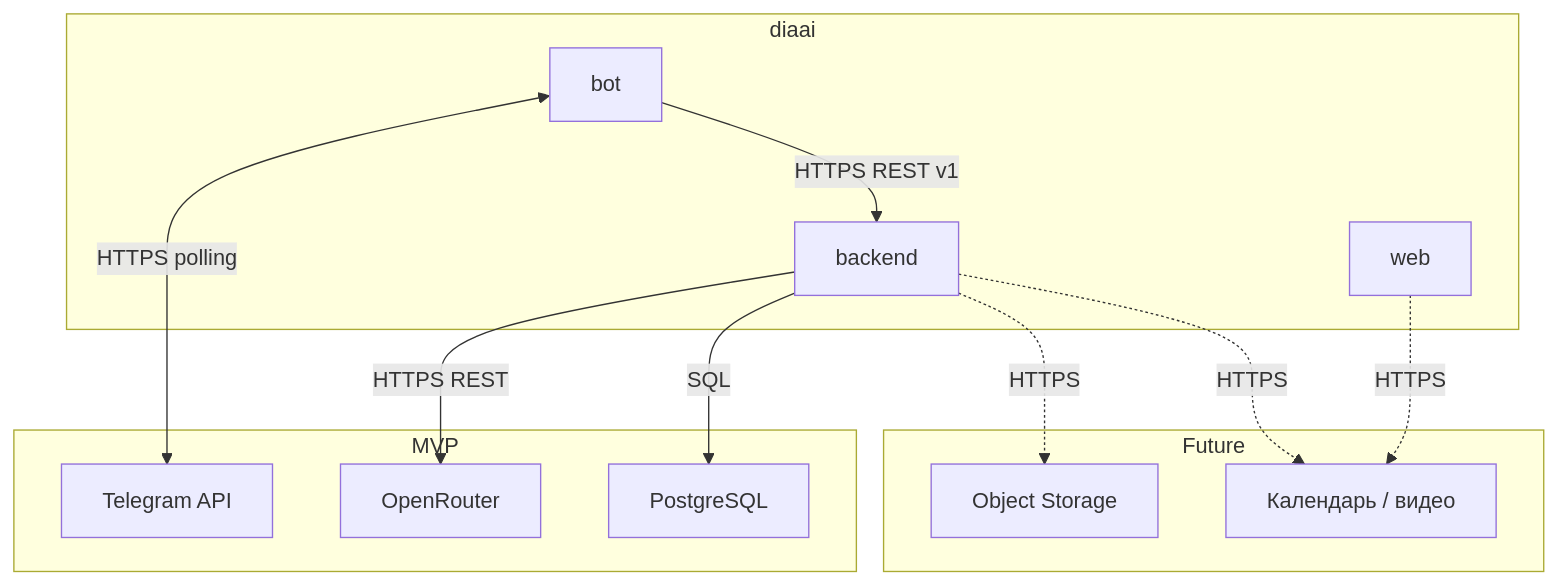
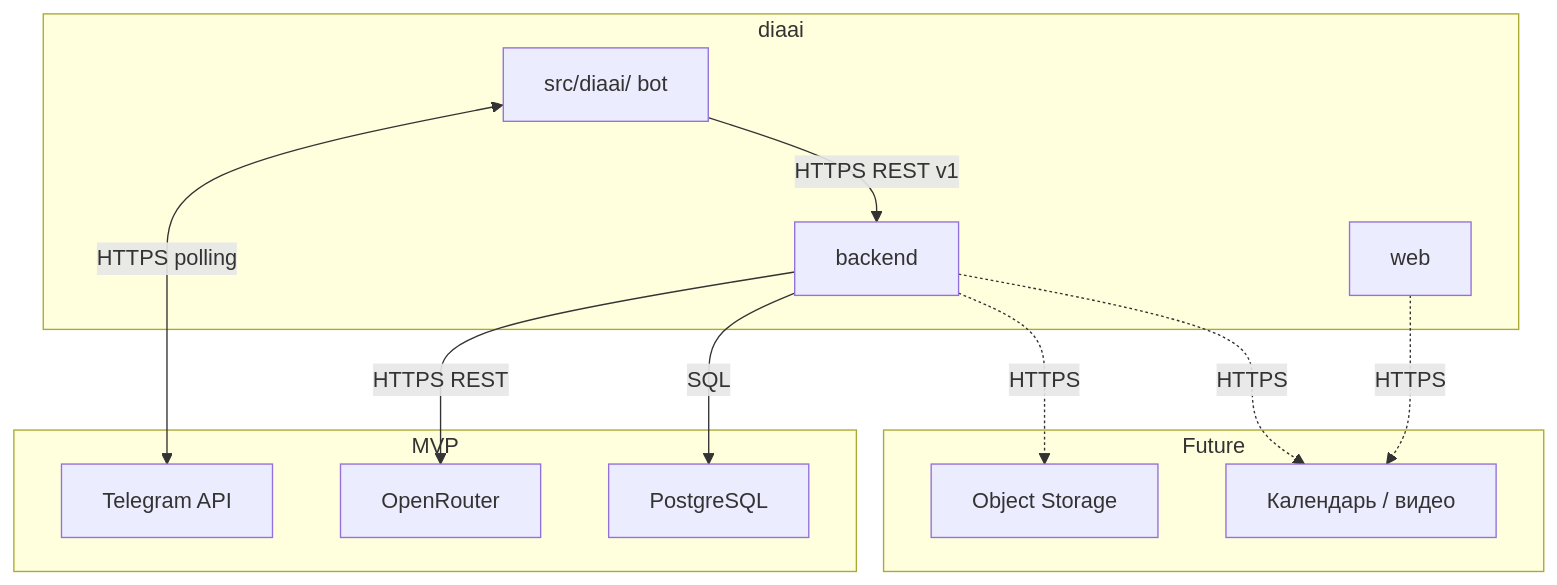
The first of 2 diagrams in docs/integrations.md (zatulik2606/diaai), drawn with Mermaid before and after one commit. The commit also changed other lines of this file and 41 other files, not shown here.

````diff
--- a/docs/integrations.md
+++ b/docs/integrations.md
@@ -7,27 +7,27 @@
 ```mermaid
 flowchart TB
     subgraph diaai [diaai]
-        Bot["bot"]
+        Bot["src/diaai/ bot"]
         Backend["backend"]
         Web["web"]
     end
 
     subgraph mvp [MVP]
         TG["Telegram API"]
         OR["OpenRouter"]
         PG["PostgreSQL"]
     end
 
     subgraph future [Future]
         S3["Object Storage"]
         Cal["Календарь / видео"]
     end
 
     Bot <-->|HTTPS polling| TG
     Bot -->|HTTPS REST v1| Backend
     Backend -->|HTTPS REST| OR
     Backend -->|SQL| PG
     Backend -.->|HTTPS| S3
     Web -.->|HTTPS| Cal
     Backend -.->|HTTPS| Cal
 ```
````
